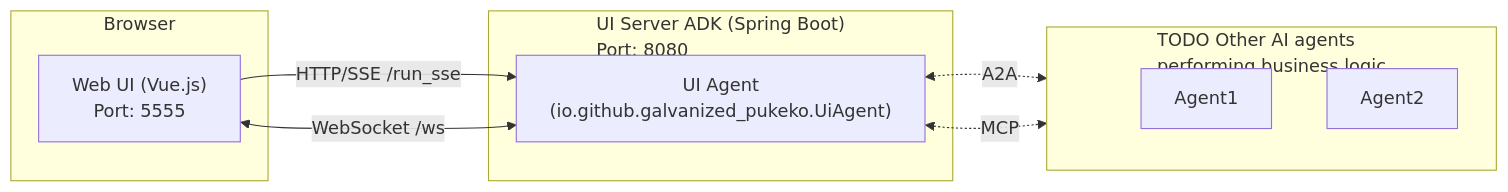
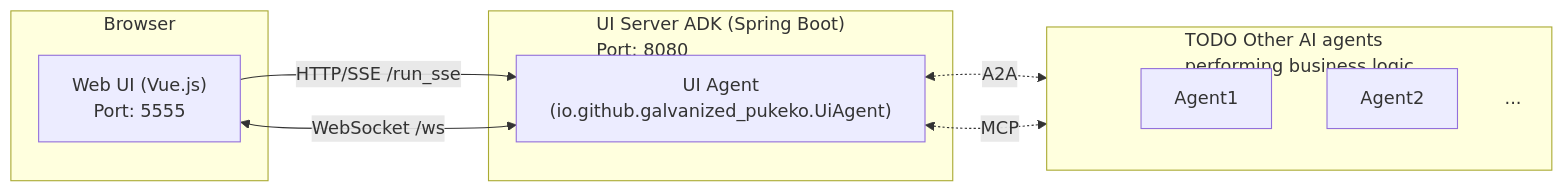
Before and after one commit to Galvanized-Pukeko/galvanized-pukeko-ai-ui: the diagram in README.md, drawn with Mermaid.

Commit message:
update doco

````diff
--- a/README.md
+++ b/README.md
@@ -13,23 +13,25 @@
 ```mermaid
 graph LR
     subgraph Browser
         UI["Web UI (Vue.js)<br/>Port: 5555"]
     end
 
     subgraph Server["UI Server ADK (Spring Boot)<br/>Port: 8080"]
         UIAgent["UI Agent<br/>(io.github.galvanized_pukeko.UiAgent)"]
     end
     
     subgraph Agents["TODO Other AI agents<br/>performing business logic"]
         direction TB
         spacer[" "]
         style spacer fill:none,stroke:none,width:0px
         Agent1
         Agent2
+        etc["..."]
+        style etc fill:none,stroke:none,width:0px
     end
 
     UI -->|HTTP/SSE /run_sse| UIAgent
     UI <-->|WebSocket /ws| UIAgent
     UIAgent <-.->|A2A| Agent1
     UIAgent <-.->|MCP| Agent2
 ```
````
